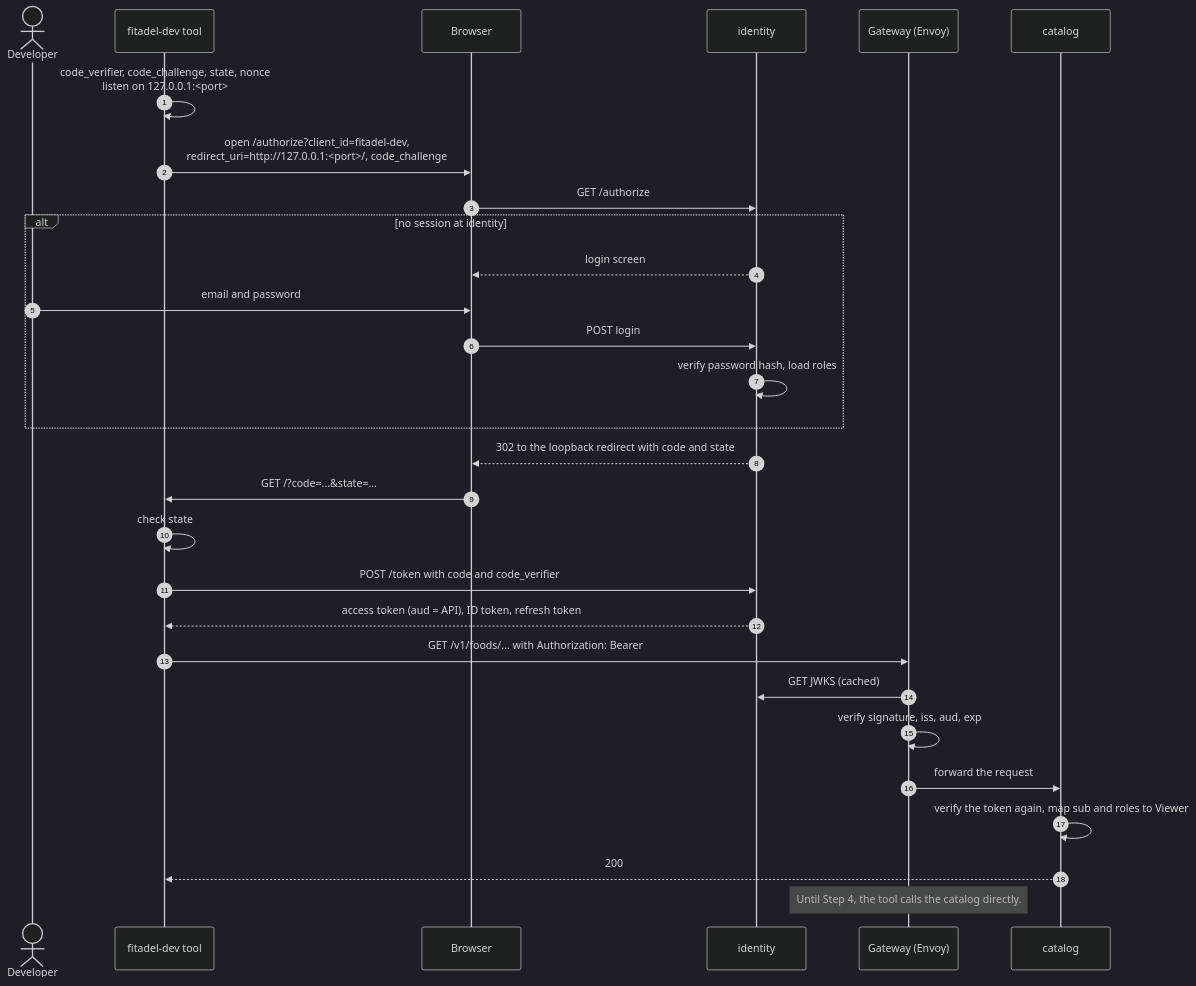
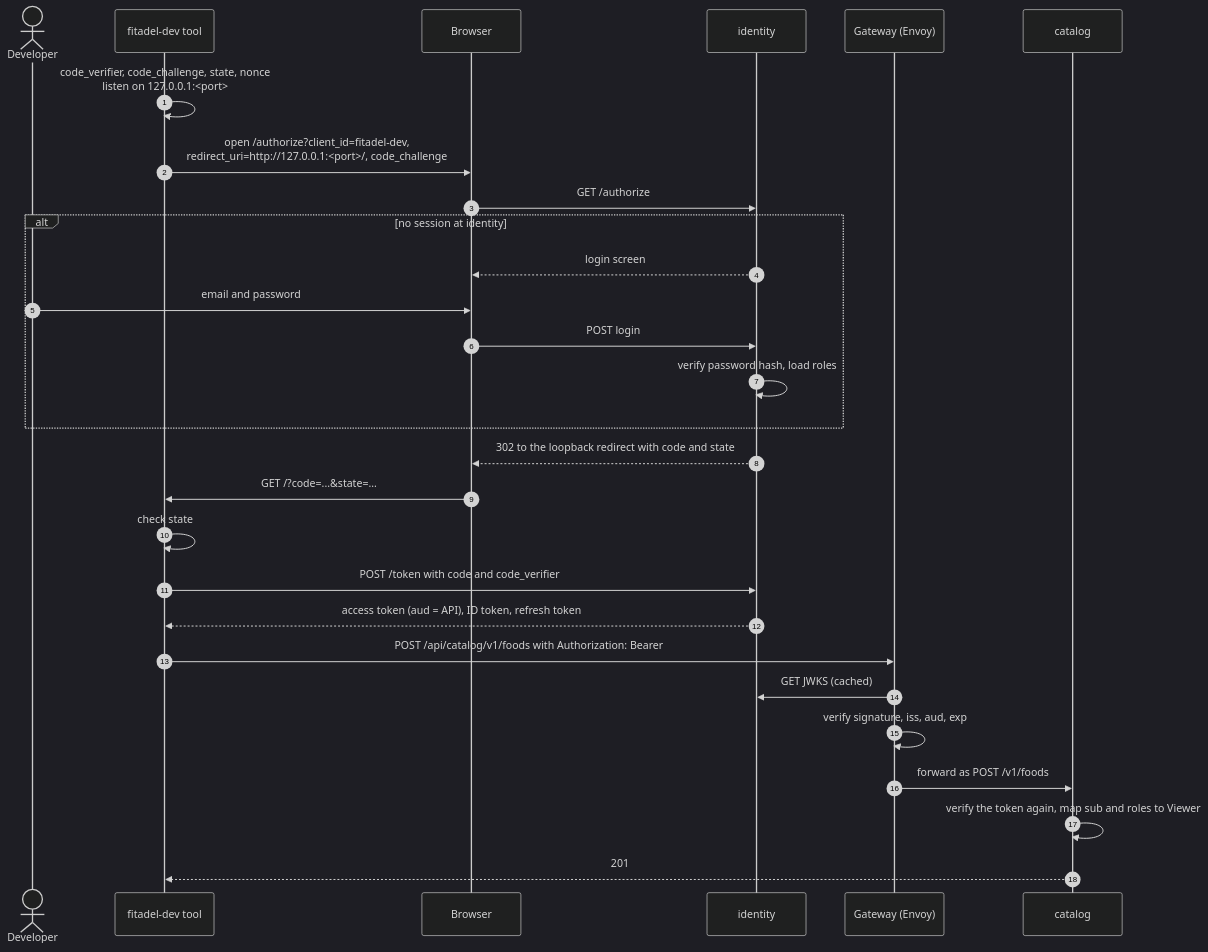
The diagram in docs/architecture/authentication.md (elimenko/fitadel), drawn with Mermaid (dark theme) before and after one commit. The commit also changed other lines of this file and 3 other files, not shown here.

````diff
--- a/docs/architecture/authentication.md
+++ b/docs/architecture/authentication.md
@@ -59,32 +89,31 @@
 ```mermaid
 sequenceDiagram
     autonumber
     actor D as Developer
     participant T as fitadel-dev tool
     participant B as Browser
     participant I as identity
     participant G as Gateway (Envoy)
     participant C as catalog
 
     T->>T: code_verifier, code_challenge, state, nonce<br/>listen on 127.0.0.1:<port>
     T->>B: open /authorize?client_id=fitadel-dev,<br/>redirect_uri=http://127.0.0.1:<port>/, code_challenge
     B->>I: GET /authorize
     alt no session at identity
         I-->>B: login screen
         D->>B: email and password
         B->>I: POST login
         I->>I: verify password hash, load roles
     end
     I-->>B: 302 to the loopback redirect with code and state
     B->>T: GET /?code=...&state=...
     T->>T: check state
     T->>I: POST /token with code and code_verifier
     I-->>T: access token (aud = API), ID token, refresh token
-    T->>G: GET /v1/foods/... with Authorization: Bearer
+    T->>G: POST /api/catalog/v1/foods with Authorization: Bearer
     G->>I: GET JWKS (cached)
     G->>G: verify signature, iss, aud, exp
-    G->>C: forward the request
+    G->>C: forward as POST /v1/foods
     C->>C: verify the token again, map sub and roles to Viewer
-    C-->>T: 200
-    Note over G: Until Step 4, the tool calls the catalog directly.
+    C-->>T: 201
 ```
````
